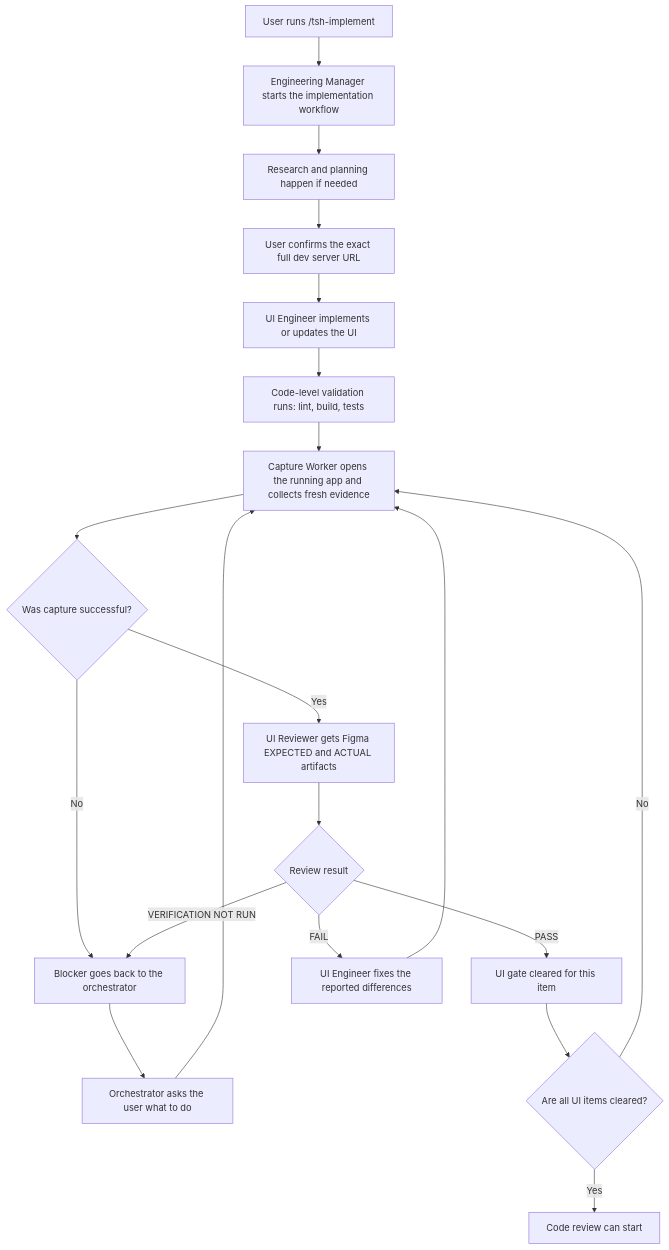
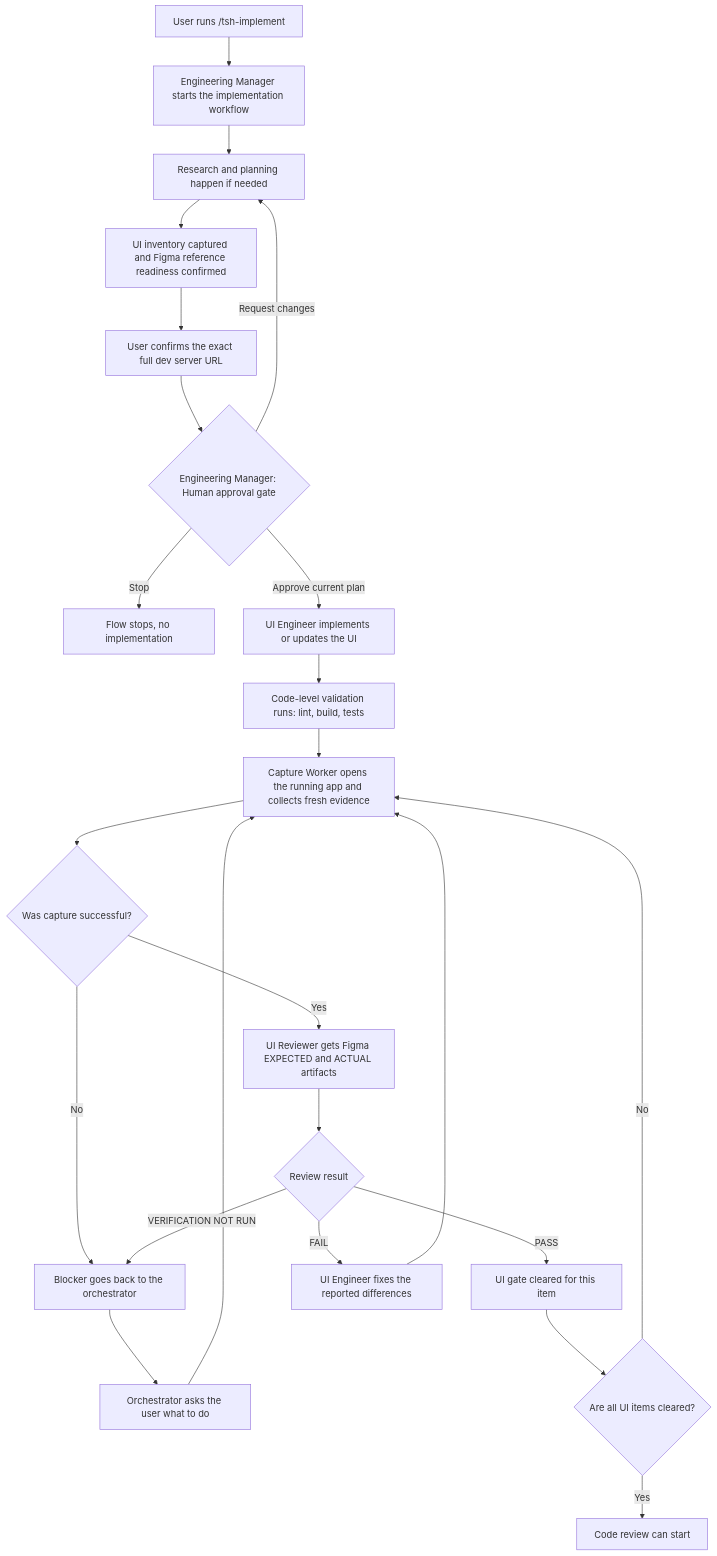
One commit to kkorus/cursor-collections changed the diagram in website/docs/workflow/ui-verification-flow.md. Above: the diagram before and after it, drawn with Mermaid. The commit also changed other lines of this file and 33 other files, not shown here.

````diff
--- a/website/docs/workflow/ui-verification-flow.md
+++ b/website/docs/workflow/ui-verification-flow.md
@@ -24,22 +28,26 @@
 ```mermaid
 flowchart TD
     A[User runs /tsh-implement] --> B[Engineering Manager starts the implementation workflow]
     B --> C[Research and planning happen if needed]
-    C --> D[User confirms the exact full dev server URL]
-    D --> E[UI Engineer implements or updates the UI]
+    C --> C2[UI inventory captured and Figma reference readiness confirmed]
+    C2 --> D[User confirms the exact full dev server URL]
+    D --> GATE{Engineering Manager: Human approval gate}
+    GATE -- Request changes --> C
+    GATE -- Stop --> STOP[Flow stops, no implementation]
+    GATE -- Approve current plan --> E[UI Engineer implements or updates the UI]
     E --> F[Code-level validation runs: lint, build, tests]
     F --> G[Capture Worker opens the running app and collects fresh evidence]
     G --> H{Was capture successful?}
     H -- No --> I[Blocker goes back to the orchestrator]
     I --> J[Orchestrator asks the user what to do]
     J --> G
     H -- Yes --> K[UI Reviewer gets Figma EXPECTED and ACTUAL artifacts]
     K --> L{Review result}
     L -- PASS --> M[UI gate cleared for this item]
     L -- FAIL --> N[UI Engineer fixes the reported differences]
     N --> G
     L -- VERIFICATION NOT RUN --> I
     M --> O{Are all UI items cleared?}
     O -- No --> G
     O -- Yes --> P[Code review can start]
 ```
````
